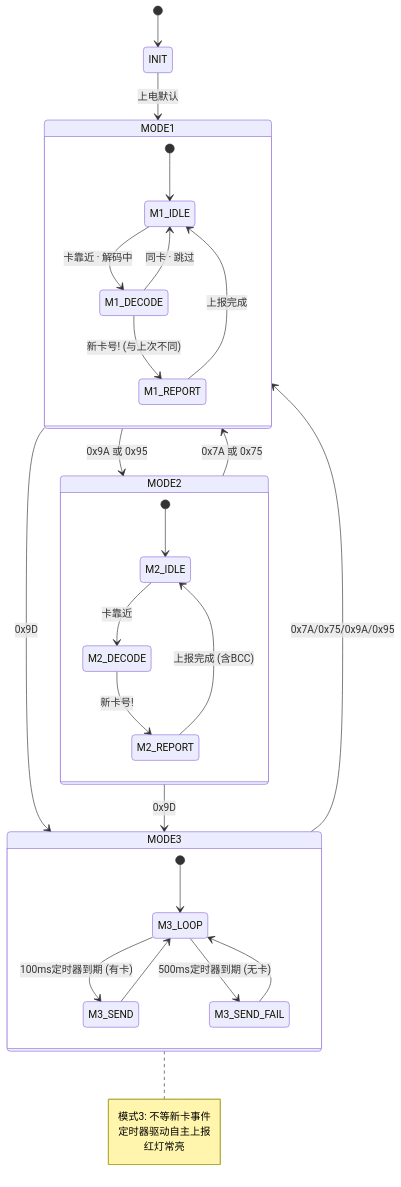
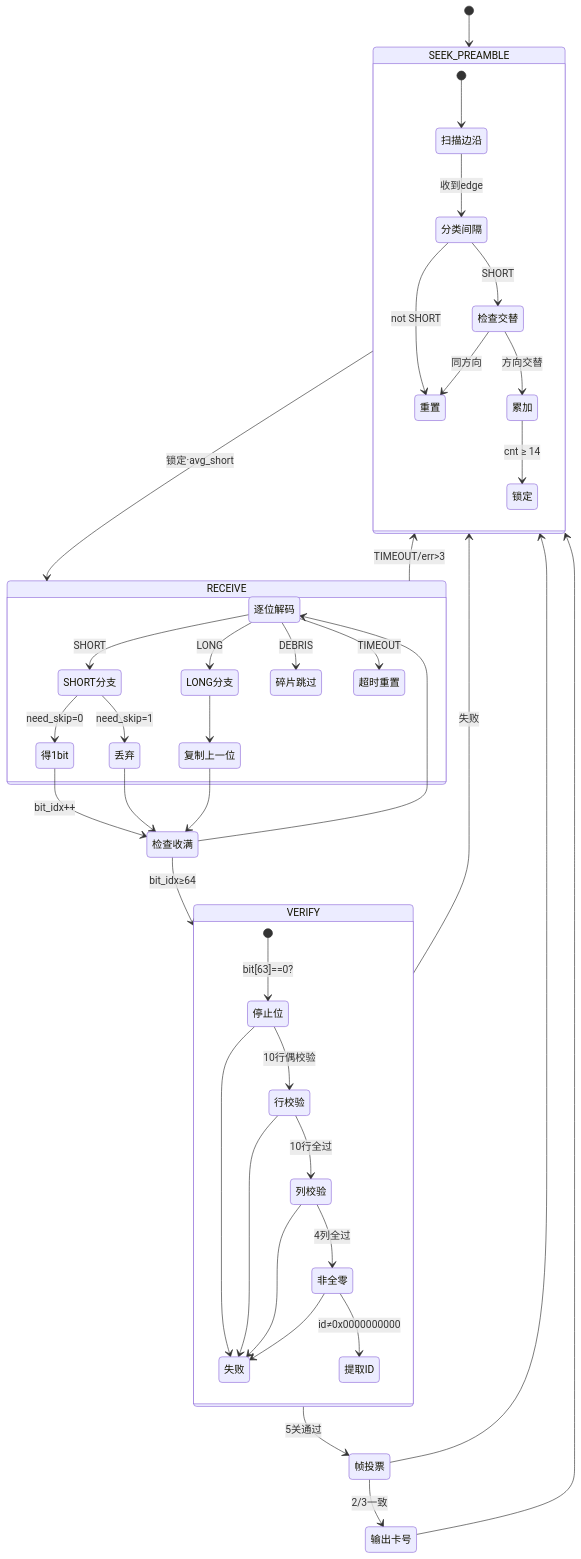
One commit to Siaiai/ObsidianNote changed the fifth of 13 diagrams in 工作/SR3读卡器/260802SR3读卡器架构.md. Above: the diagram before and after it, drawn with Mermaid. The commit also changed other lines of this file and 1 other file, not shown here.

````diff
--- a/工作/SR3读卡器/260802SR3读卡器架构.md
+++ b/工作/SR3读卡器/260802SR3读卡器架构.md
@@ -287,40 +191,51 @@
 ```mermaid
 stateDiagram-v2
-    [*] --> INIT
-    INIT --> MODE1 : 上电默认
+    [*] --> SEEK_PREAMBLE
 
-    state MODE1 {
-        [*] --> M1_IDLE
-        M1_IDLE --> M1_DECODE : 卡靠近 · 解码中
-        M1_DECODE --> M1_REPORT : 新卡号! (与上次不同)
-        M1_REPORT --> M1_IDLE : 上报完成
-        M1_DECODE --> M1_IDLE : 同卡 · 跳过
+    state SEEK_PREAMBLE {
+        [*] --> 扫描边沿
+        扫描边沿 --> 分类间隔 : 收到edge
+        分类间隔 --> 检查交替 : SHORT
+        分类间隔 --> 重置 : not SHORT
+        检查交替 --> 累加 : 方向交替
+        检查交替 --> 重置 : 同方向
+        累加 --> 锁定 : cnt ≥ 14
     }
 
-    state MODE2 {
-        [*] --> M2_IDLE
-        M2_IDLE --> M2_DECODE : 卡靠近
-        M2_DECODE --> M2_REPORT : 新卡号!
-        M2_REPORT --> M2_IDLE : 上报完成 (含BCC)
+    state RECEIVE {
+        逐位解码 --> SHORT分支 : SHORT
+        逐位解码 --> LONG分支 : LONG
+        逐位解码 --> 碎片跳过 : DEBRIS
+        逐位解码 --> 超时重置 : TIMEOUT
+        SHORT分支 --> 得1bit : need_skip=0
+        SHORT分支 --> 丢弃 : need_skip=1
+        LONG分支 --> 复制上一位
     }
 
-    state MODE3 {
-        [*] --> M3_LOOP
-        M3_LOOP --> M3_SEND : 100ms定时器到期 (有卡)
-        M3_LOOP --> M3_SEND_FAIL : 500ms定时器到期 (无卡)
-        M3_SEND --> M3_LOOP
-        M3_SEND_FAIL --> M3_LOOP
+    得1bit --> 检查收满 : bit_idx++
+    丢弃 --> 检查收满
+    复制上一位 --> 检查收满
+    检查收满 --> VERIFY : bit_idx≥64
+    检查收满 --> 逐位解码
+
+    SEEK_PREAMBLE --> RECEIVE : 锁定·avg_short
+    RECEIVE --> SEEK_PREAMBLE : TIMEOUT/err>3
+
+    state VERIFY {
+        [*] --> 停止位 : bit[63]==0?
+        停止位 --> 行校验 : 10行偶校验
+        停止位 --> 失败
+        行校验 --> 列校验 : 10行全过
+        行校验 --> 失败
+        列校验 --> 非全零 : 4列全过
+        列校验 --> 失败
+        非全零 --> 提取ID : id≠0x0000000000
+        非全零 --> 失败
     }
 
-    MODE1 --> MODE2 : 0x9A 或 0x95
-    MODE2 --> MODE1 : 0x7A 或 0x75
-    MODE1 --> MODE3 : 0x9D
-    MODE2 --> MODE3 : 0x9D
-    MODE3 --> MODE1 : 0x7A/0x75/0x9A/0x95
-
-    note right of MODE3
-        模式3: 不等新卡事件
-        定时器驱动自主上报
-        红灯常亮
-    end note
+    VERIFY --> 帧投票 : 5关通过
+    VERIFY --> SEEK_PREAMBLE : 失败
+    帧投票 --> 输出卡号 : 2/3一致
+    帧投票 --> SEEK_PREAMBLE
+    输出卡号 --> SEEK_PREAMBLE
 ```
````
